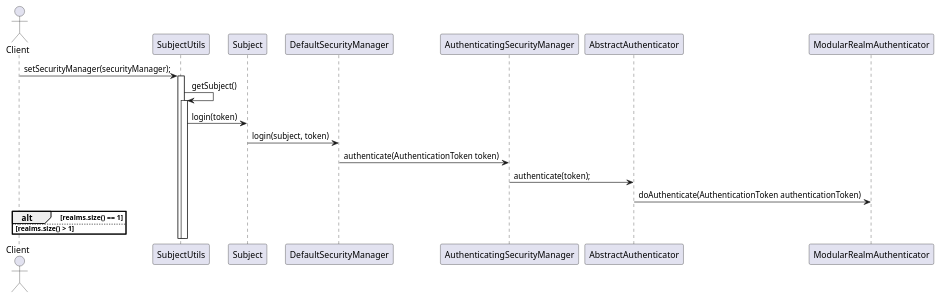
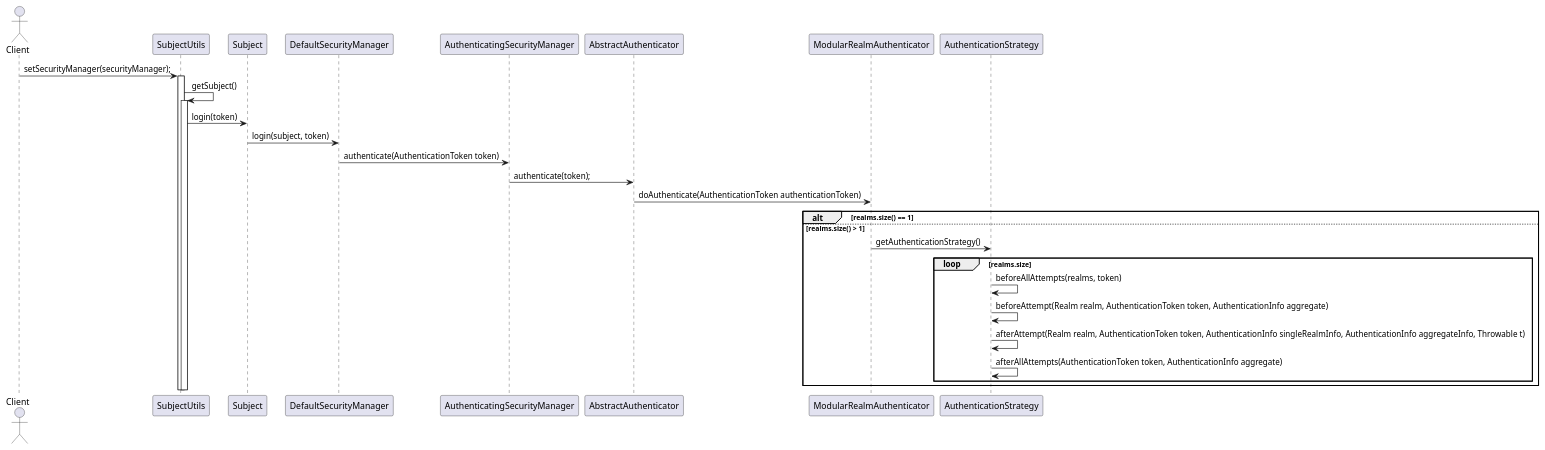
Before and after one commit to ljhupahu/MyProject: the diagram in shiro/A_Class_Summary/Subject/Subject_Login_Multiple_Reaml.puml, drawn with PlantUML. The commit also changed 1 other file, not shown here.

```diff
--- a/shiro/A_Class_Summary/Subject/Subject_Login_Multiple_Reaml.puml
+++ b/shiro/A_Class_Summary/Subject/Subject_Login_Multiple_Reaml.puml
@@ -1,21 +1,27 @@
 @startuml
 actor Client
 
 Client -> SubjectUtils: setSecurityManager(securityManager);
 activate SubjectUtils
     SubjectUtils -> SubjectUtils: getSubject()
     activate SubjectUtils
         SubjectUtils -> Subject: login(token)
         Subject -> DefaultSecurityManager: login(subject, token)
         DefaultSecurityManager -> AuthenticatingSecurityManager: authenticate(AuthenticationToken token)
         AuthenticatingSecurityManager -> AbstractAuthenticator: authenticate(token);
         AbstractAuthenticator -> ModularRealmAuthenticator: doAuthenticate(AuthenticationToken authenticationToken)
         alt realms.size() == 1
 
         else realms.size() > 1
-
+            ModularRealmAuthenticator -> AuthenticationStrategy:getAuthenticationStrategy()
+            loop realms.size
+                AuthenticationStrategy -> AuthenticationStrategy:beforeAllAttempts(realms, token)
+                AuthenticationStrategy -> AuthenticationStrategy: beforeAttempt(Realm realm, AuthenticationToken token, AuthenticationInfo aggregate)
+                AuthenticationStrategy -> AuthenticationStrategy: afterAttempt(Realm realm, AuthenticationToken token, AuthenticationInfo singleRealmInfo, AuthenticationInfo aggregateInfo, Throwable t)
+                AuthenticationStrategy -> AuthenticationStrategy: afterAllAttempts(AuthenticationToken token, AuthenticationInfo aggregate)
+            end
         end
     deactivate SubjectUtils
 deactivate SubjectUtils
 
 @enduml
```
